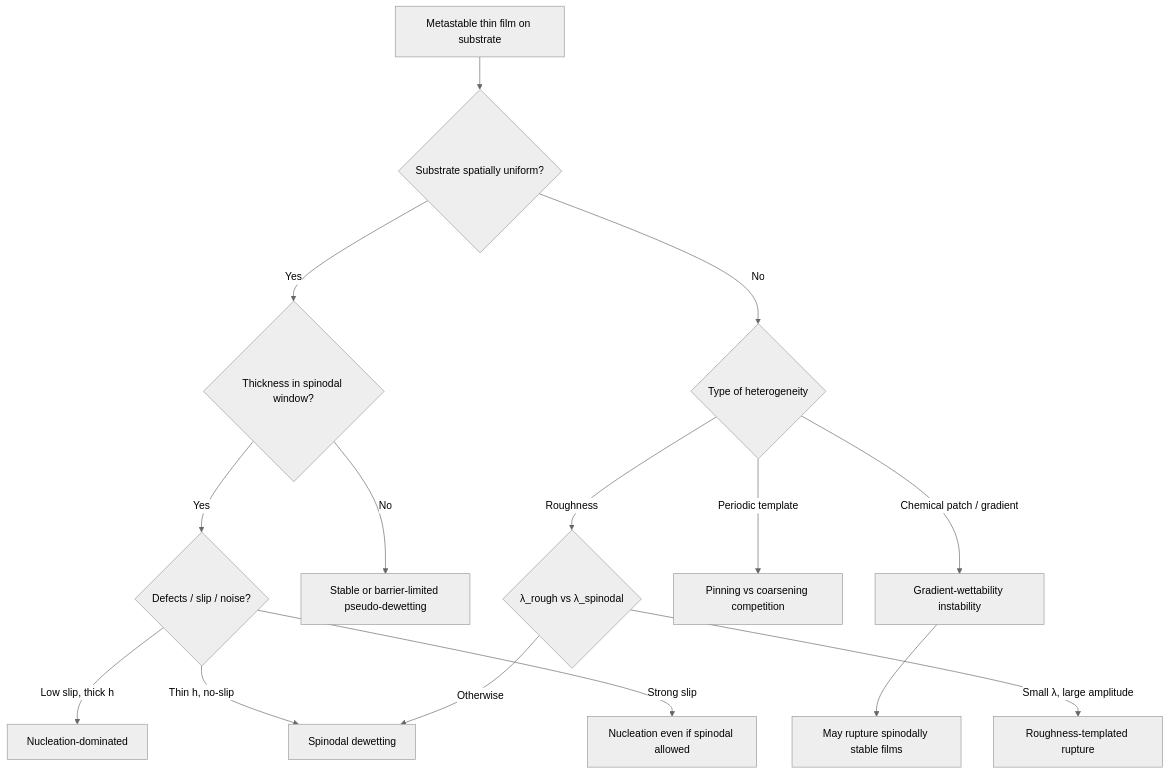
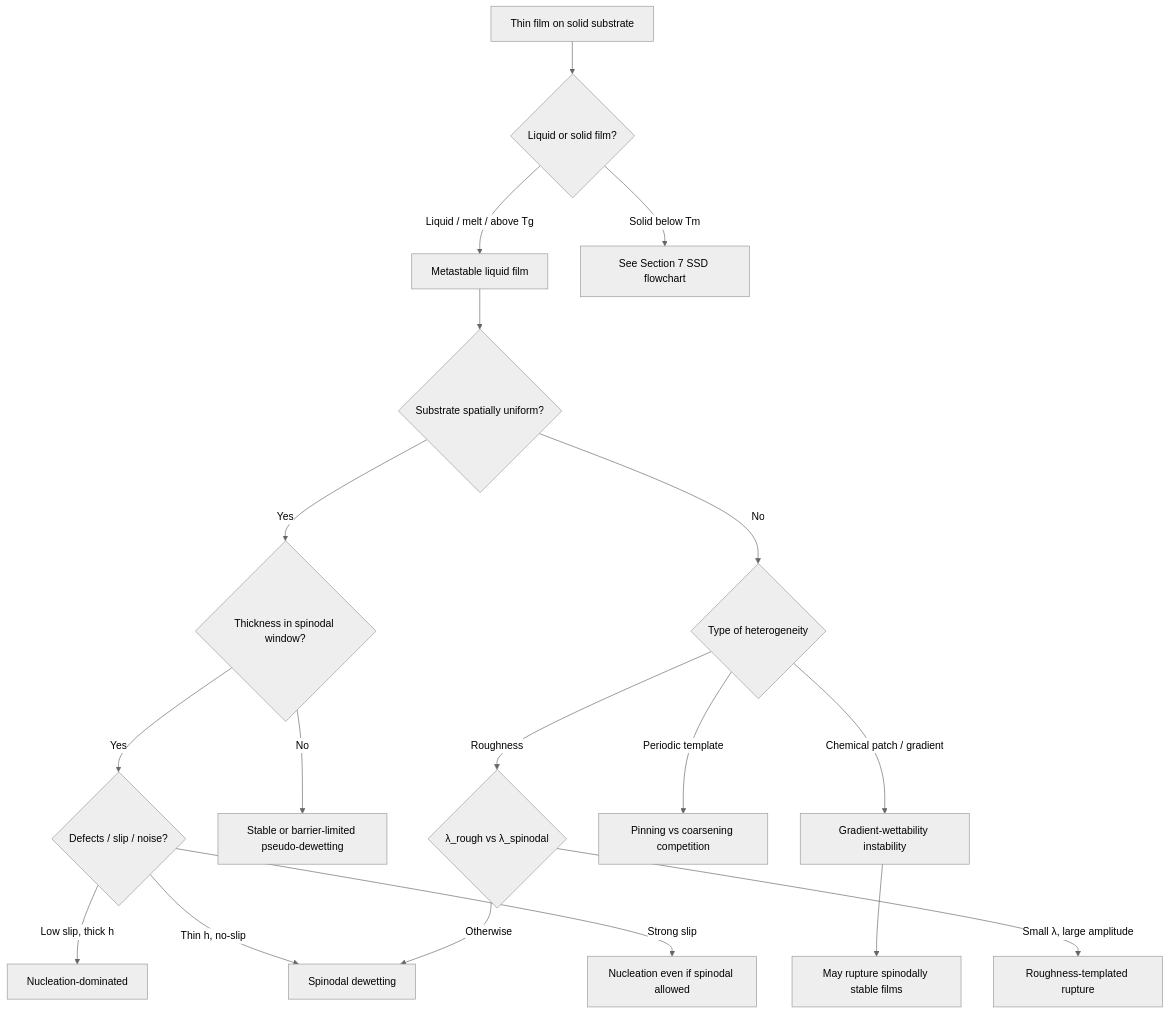
The second of 2 diagrams in literature/review/reports/dewetting_nonideal_substrate_mechanistic_models_review.md (qing-hkust/Cursor), drawn with Mermaid (neutral theme) before and after one commit. The commit also changed other lines of this file, not shown here.

First line of the commit message:
Expand review with solid-state dewetting of solid films

````diff
--- a/literature/review/reports/dewetting_nonideal_substrate_mechanistic_models_review.md
+++ b/literature/review/reports/dewetting_nonideal_substrate_mechanistic_models_review.md
@@ -173,17 +282,20 @@
 ```mermaid
 flowchart TD
-  A[Metastable thin film on substrate] --> B{Substrate spatially uniform?}
+  Z[Thin film on solid substrate] --> P{Liquid or solid film?}
+  P -->|Liquid / melt / above Tg| A
+  P -->|Solid below Tm| SSD[See Section 7 SSD flowchart]
+  A[Metastable liquid film] --> B{Substrate spatially uniform?}
   B -->|Yes| C{Thickness in spinodal window?}
   C -->|Yes| D{Defects / slip / noise?}
   D -->|Low slip, thick h| E[Nucleation-dominated]
   D -->|Thin h, no-slip| F[Spinodal dewetting]
   D -->|Strong slip| G[Nucleation even if spinodal allowed]
   C -->|No| H[Stable or barrier-limited pseudo-dewetting]
   B -->|No| I{Type of heterogeneity}
   I -->|Chemical patch / gradient| J[Gradient-wettability instability]
   I -->|Periodic template| K[Pinning vs coarsening competition]
   I -->|Roughness| L{λ_rough vs λ_spinodal}
   L -->|Small λ, large amplitude| M[Roughness-templated rupture]
   L -->|Otherwise| F
   J --> N[May rupture spinodally stable films]
 ```
````
